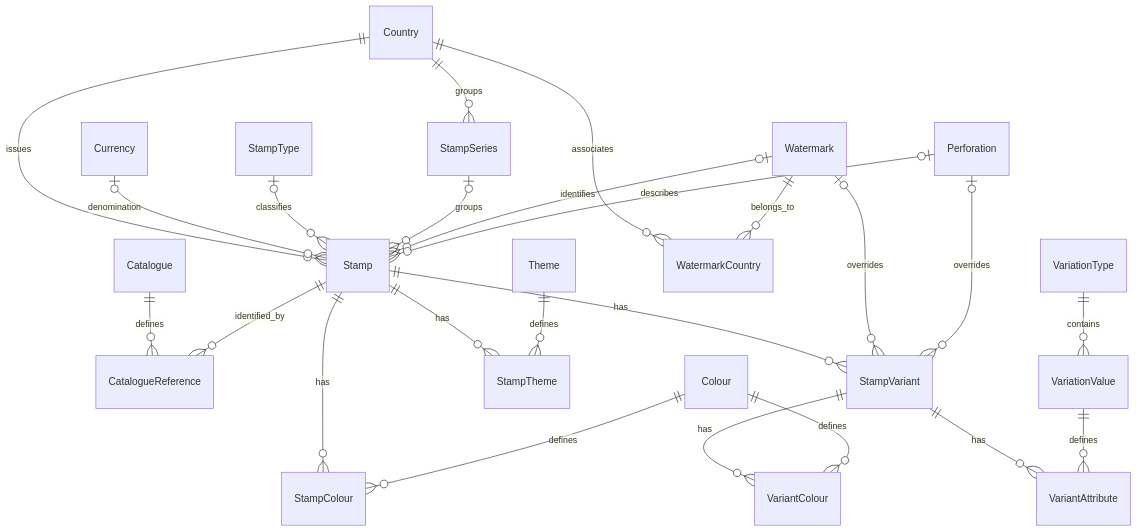
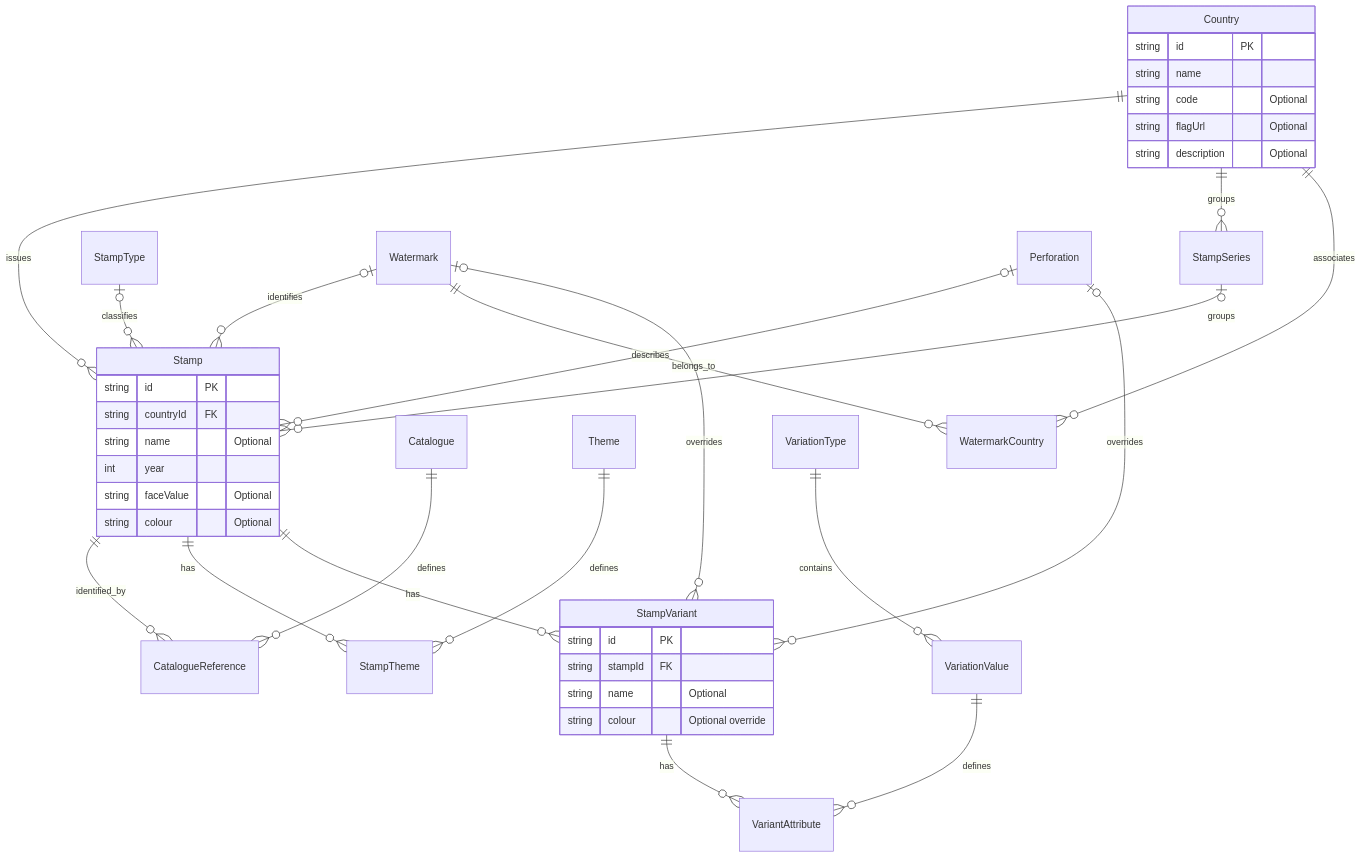
The first of 2 diagrams in docs/database-erd.md (CristianAlexa/stamp-collection-manager), drawn with Mermaid before and after one commit. The commit also changed other lines of this file and 4 other files, not shown here.

Commit message:
docs: update database architecture and migration testing guidance

````diff
--- a/docs/database-erd.md
+++ b/docs/database-erd.md
@@ -15,26 +11,42 @@
 ```mermaid
 erDiagram
+    Country {
+        string id PK
+        string name
+        string code "Optional"
+        string flagUrl "Optional"
+        string description "Optional"
+    }
+    Stamp {
+        string id PK
+        string countryId FK
+        string name "Optional"
+        int year
+        string faceValue "Optional"
+        string colour "Optional"
+    }
+    StampVariant {
+        string id PK
+        string stampId FK
+        string name "Optional"
+        string colour "Optional override"
+    }
     Country ||--o{ Stamp : issues
     Country ||--o{ StampSeries : groups
-    Currency o|--o{ Stamp : denomination
     Catalogue ||--o{ CatalogueReference : defines
     Stamp ||--o{ CatalogueReference : identified_by
     StampType o|--o{ Stamp : classifies
     StampSeries o|--o{ Stamp : groups
-    Stamp ||--o{ StampColour : has
-    Colour ||--o{ StampColour : defines
     Stamp ||--o{ StampTheme : has
     Theme ||--o{ StampTheme : defines
     Watermark o|--o{ Stamp : identifies
     Country ||--o{ WatermarkCountry : associates
     Watermark ||--o{ WatermarkCountry : belongs_to
     Perforation o|--o{ Stamp : describes
     Stamp ||--o{ StampVariant : has
-    StampVariant ||--o{ VariantColour : has
-    Colour ||--o{ VariantColour : defines
     Watermark o|--o{ StampVariant : overrides
     Perforation o|--o{ StampVariant : overrides
     StampVariant ||--o{ VariantAttribute : has
     VariationValue ||--o{ VariantAttribute : defines
     VariationType ||--o{ VariationValue : contains
 ```
````
